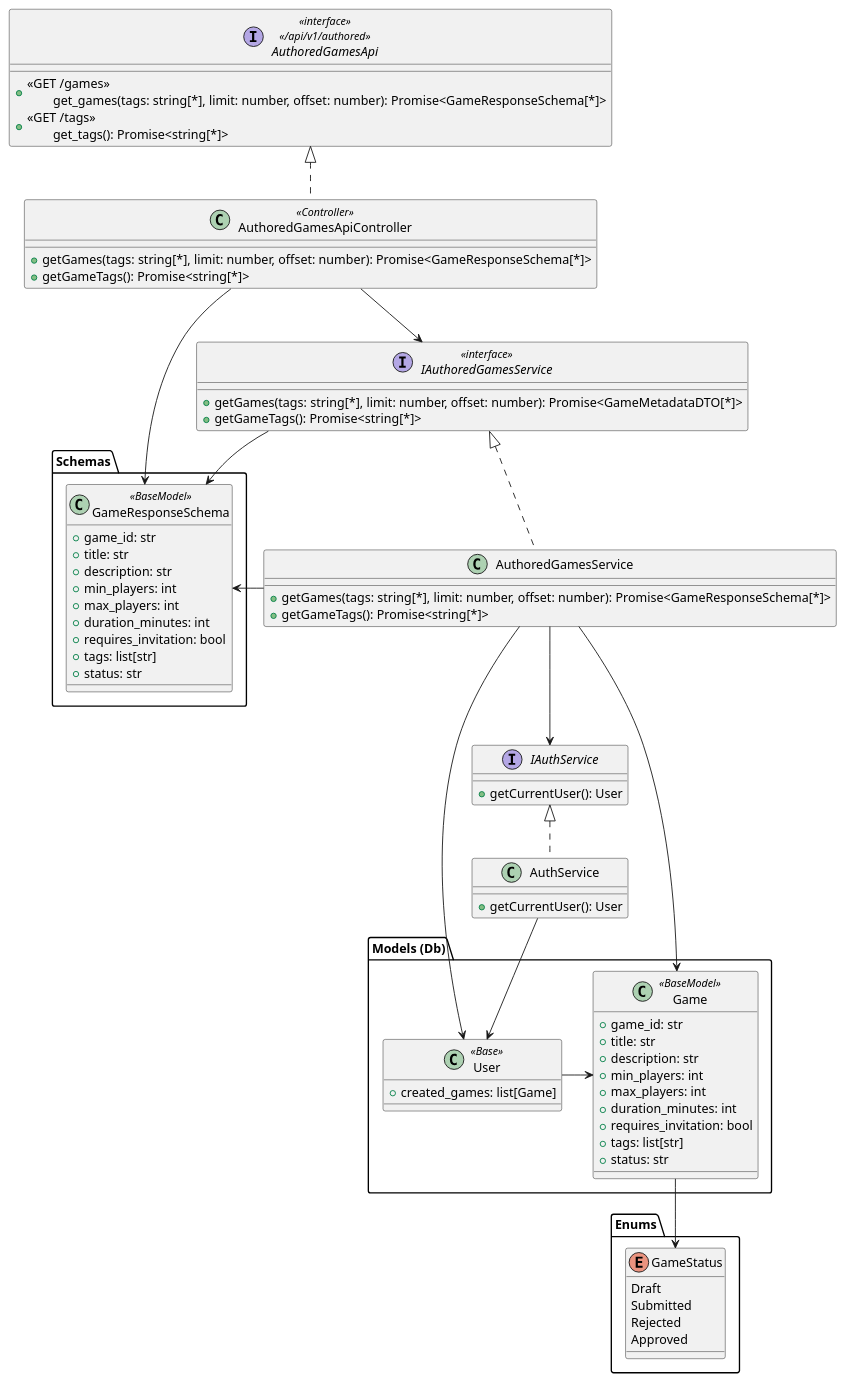
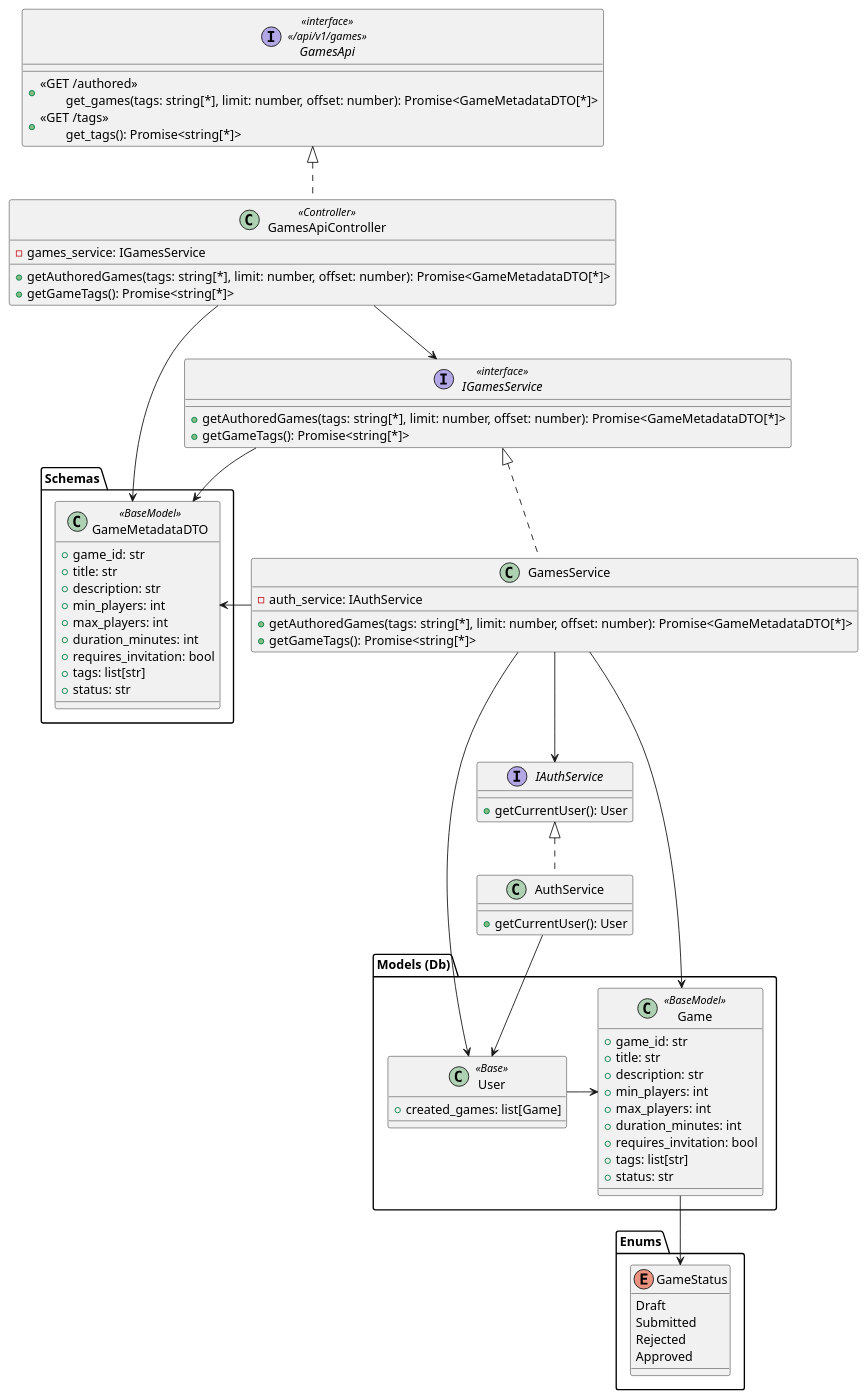
The diagram in diagrams/backend/authors-game-list.md (Igor-Ochocki/POP-2026Z), drawn with PlantUML before and after one commit. The commit also changed 1 other file, not shown here.

Commit message:
Zaadresowano punkt 3 i 4 oraz komentarz odnośnie endpointu API

````diff
--- a/diagrams/backend/authors-game-list.md
+++ b/diagrams/backend/authors-game-list.md
@@ -1,17 +1,21 @@
 ```plantuml
 @startuml
-interface AuthoredGamesApi <<interface>>\n<< /api/v1/authored >> {
-    + <<GET /games >>\n\tget_games(tags: string[*], limit: number, offset: number): Promise<GameResponseSchema[*]>
+interface GamesApi <<interface>>\n<< /api/v1/games >> {
+    + <<GET /authored >>\n\tget_games(tags: string[*], limit: number, offset: number): Promise<GameMetadataDTO[*]>
     + <<GET /tags >>\n\tget_tags(): Promise<string[*]>
 }
 
-class AuthoredGamesApiController <<Controller>> implements AuthoredGamesApi {
-    +getGames(tags: string[*], limit: number, offset: number): Promise<GameResponseSchema[*]>
+class GamesApiController <<Controller>> implements GamesApi {
+    -games_service: IGamesService
+
+    +getAuthoredGames(tags: string[*], limit: number, offset: number): Promise<GameMetadataDTO[*]>
     +getGameTags(): Promise<string[*]>
 }
 
-class AuthoredGamesService implements IAuthoredGamesService {
-    +getGames(tags: string[*], limit: number, offset: number): Promise<GameResponseSchema[*]>
+class GamesService implements IGamesService {
+    - auth_service: IAuthService
+
+    +getAuthoredGames(tags: string[*], limit: number, offset: number): Promise<GameMetadataDTO[*]>
     +getGameTags(): Promise<string[*]>
 }
 
@@ -43,8 +47,8 @@
     }
 }
 
-interface IAuthoredGamesService <<interface>> {
-    +getGames(tags: string[*], limit: number, offset: number): Promise<GameMetadataDTO[*]>
+interface IGamesService <<interface>> {
+    +getAuthoredGames(tags: string[*], limit: number, offset: number): Promise<GameMetadataDTO[*]>
     +getGameTags(): Promise<string[*]>
 }
 
@@ -58,7 +62,7 @@
 }
 
 package "Schemas" {
-    class GameResponseSchema <<BaseModel>> {
+    class GameMetadataDTO <<BaseModel>> {
         + game_id: str
         + title: str
         + description: str
@@ -71,16 +75,16 @@
     }
 }
 
-AuthoredGamesApiController --> IAuthoredGamesService
+GamesApiController --> IGamesService
 User -> Game
 Game --> GameStatus
-AuthoredGamesApiController -> GameResponseSchema
-IAuthoredGamesService -> GameResponseSchema
-AuthoredGamesService -> GameResponseSchema
-AuthoredGamesService --> IAuthService
-AuthoredGamesService --> User
+GamesApiController -> GameMetadataDTO
+IGamesService -> GameMetadataDTO
+GamesService -> GameMetadataDTO
+GamesService --> IAuthService
+GamesService --> User
 AuthService --> User
-AuthoredGamesService --> Game
+GamesService --> Game
 
 @enduml
 ```
````
